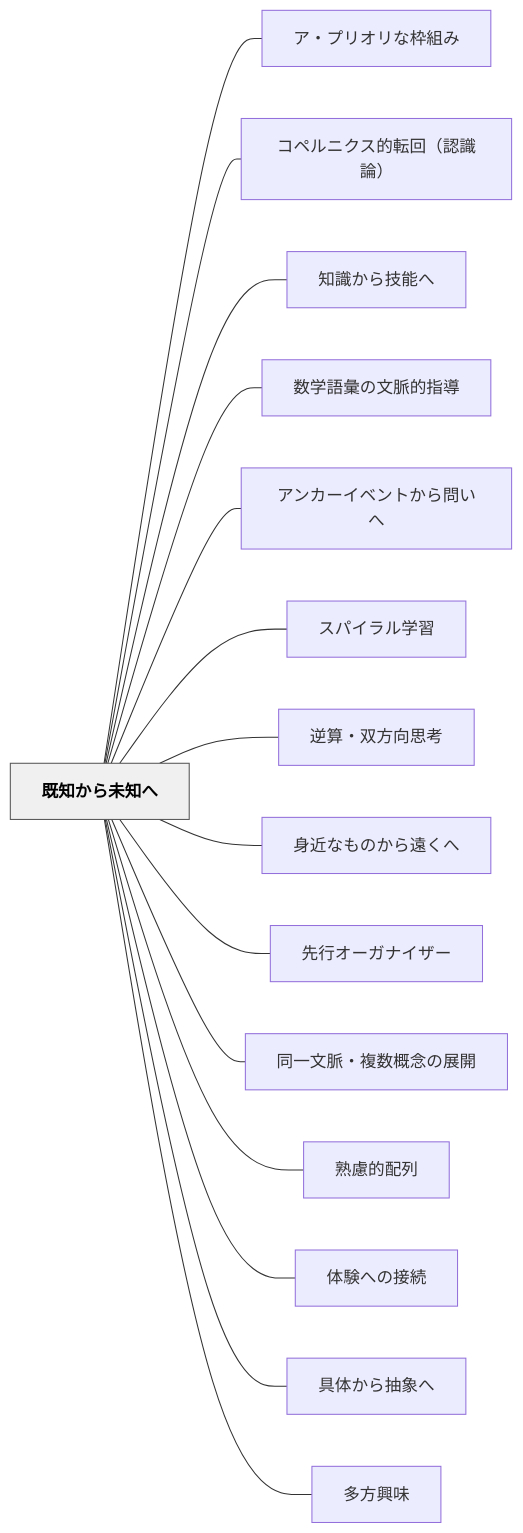
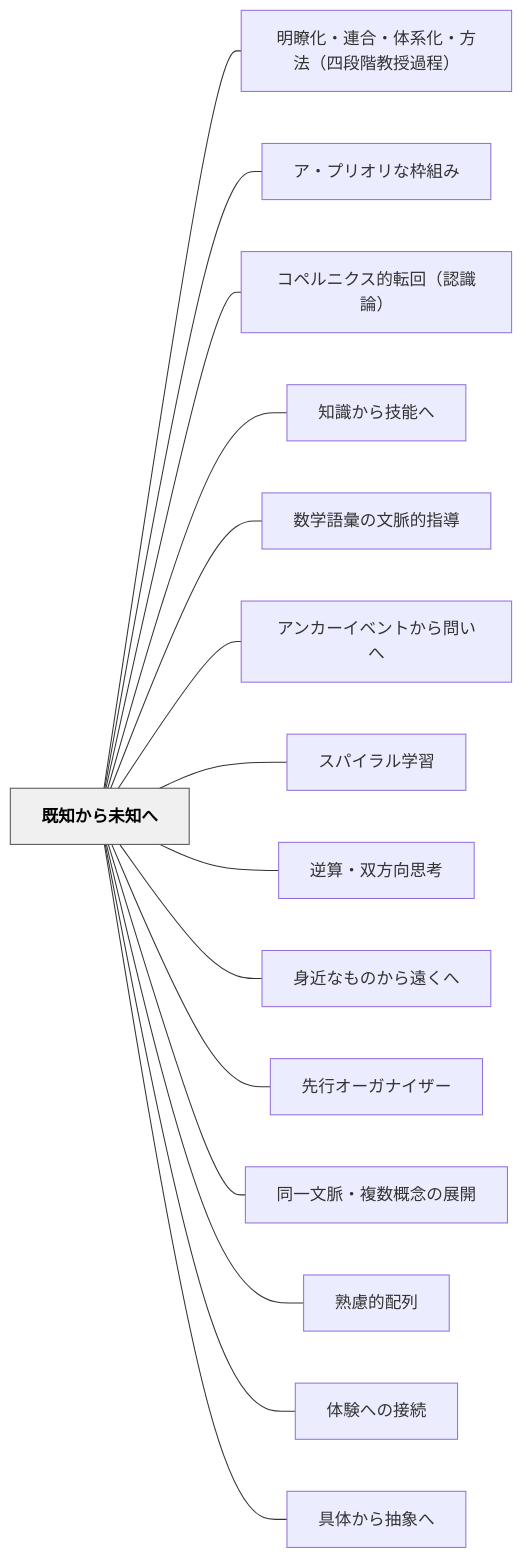
Before and after one commit to unknownthings-ed-patterns/unknownthings-ed-patterns: the diagram in content/パタン/既知から未知へ.md, drawn with Mermaid. The commit also changed other lines of this file and 15 other files, not shown here.

````diff
--- a/content/パタン/既知から未知へ.md
+++ b/content/パタン/既知から未知へ.md
@@ -59,36 +59,36 @@
 ```mermaid
 flowchart LR
     ne697a2e79fa5e3818be38289e69caae79fa5e381b8["既知から未知へ"]
+    ne6988ee79eade58c96e383bbe980a3e59088e383bbe4bd93e7b3bbe58c96e383bbe696b9e6b395efbc88e59b9be6aeb5e99a8ee69599e68e88e9818ee7a88befbc89["明瞭化・連合・体系化・方法（四段階教授過程）"]
     ne382a2e383bbe38397e383aae382aae383aae381aae69ea0e7b584e381bf["ア・プリオリな枠組み"]
     ne382b3e3839ae383abe3838be382afe382b9e79a84e8bba2e59b9eefbc88e8aa8de8ad98e8ab96efbc89["コペルニクス的転回（認識論）"]
     ne79fa5e8ad98e3818be38289e68a80e883bde381b8["知識から技能へ"]
     ne695b0e5ada6e8aa9ee5bd99e381aee69687e88488e79a84e68c87e5b08e["数学語彙の文脈的指導"]
     ne382a2e383b3e382abe383bce382a4e38399e383b3e38388e3818be38289e5958fe38184e381b8["アンカーイベントから問いへ"]
     ne382b9e38391e382a4e383a9e383abe5ada6e7bf92["スパイラル学習"]
     ne98086e7ae97e383bbe58f8ce696b9e59091e6809de88083["逆算・双方向思考"]
     ne8baabe8bf91e381aae38282e381aee3818be38289e981a0e3818fe381b8["身近なものから遠くへ"]
     ne58588e8a18ce382aae383bce382ace3838ae382a4e382b6e383bc["先行オーガナイザー"]
     ne5908ce4b880e69687e88488e383bbe8a487e695b0e6a682e5bfb5e381aee5b195e9968b["同一文脈・複数概念の展開"]
     ne7869fe685aee79a84e9858de58897["熟慮的配列"]
     ne4bd93e9a893e381b8e381aee68ea5e7b69a["体験への接続"]
     ne585b7e4bd93e3818be38289e68abde8b1a1e381b8["具体から抽象へ"]
-    ne5a49ae696b9e88888e591b3["多方興味"]
 
+    ne697a2e79fa5e3818be38289e69caae79fa5e381b8 --- ne6988ee79eade58c96e383bbe980a3e59088e383bbe4bd93e7b3bbe58c96e383bbe696b9e6b395efbc88e59b9be6aeb5e99a8ee69599e68e88e9818ee7a88befbc89
     ne697a2e79fa5e3818be38289e69caae79fa5e381b8 --- ne382a2e383bbe38397e383aae382aae383aae381aae69ea0e7b584e381bf
     ne697a2e79fa5e3818be38289e69caae79fa5e381b8 --- ne382b3e3839ae383abe3838be382afe382b9e79a84e8bba2e59b9eefbc88e8aa8de8ad98e8ab96efbc89
     ne697a2e79fa5e3818be38289e69caae79fa5e381b8 --- ne79fa5e8ad98e3818be38289e68a80e883bde381b8
     ne697a2e79fa5e3818be38289e69caae79fa5e381b8 --- ne695b0e5ada6e8aa9ee5bd99e381aee69687e88488e79a84e68c87e5b08e
     ne697a2e79fa5e3818be38289e69caae79fa5e381b8 --- ne382a2e383b3e382abe383bce382a4e38399e383b3e38388e3818be38289e5958fe38184e381b8
     ne697a2e79fa5e3818be38289e69caae79fa5e381b8 --- ne382b9e38391e382a4e383a9e383abe5ada6e7bf92
     ne697a2e79fa5e3818be38289e69caae79fa5e381b8 --- ne98086e7ae97e383bbe58f8ce696b9e59091e6809de88083
     ne697a2e79fa5e3818be38289e69caae79fa5e381b8 --- ne8baabe8bf91e381aae38282e381aee3818be38289e981a0e3818fe381b8
     ne697a2e79fa5e3818be38289e69caae79fa5e381b8 --- ne58588e8a18ce382aae383bce382ace3838ae382a4e382b6e383bc
     ne697a2e79fa5e3818be38289e69caae79fa5e381b8 --- ne5908ce4b880e69687e88488e383bbe8a487e695b0e6a682e5bfb5e381aee5b195e9968b
     ne697a2e79fa5e3818be38289e69caae79fa5e381b8 --- ne7869fe685aee79a84e9858de58897
     ne697a2e79fa5e3818be38289e69caae79fa5e381b8 --- ne4bd93e9a893e381b8e381aee68ea5e7b69a
     ne697a2e79fa5e3818be38289e69caae79fa5e381b8 --- ne585b7e4bd93e3818be38289e68abde8b1a1e381b8
-    ne697a2e79fa5e3818be38289e69caae79fa5e381b8 --- ne5a49ae696b9e88888e591b3
 
     classDef hub fill:#f0f0f0,stroke:#555,color:#000,font-weight:bold
     class ne697a2e79fa5e3818be38289e69caae79fa5e381b8 hub
 ```
````
